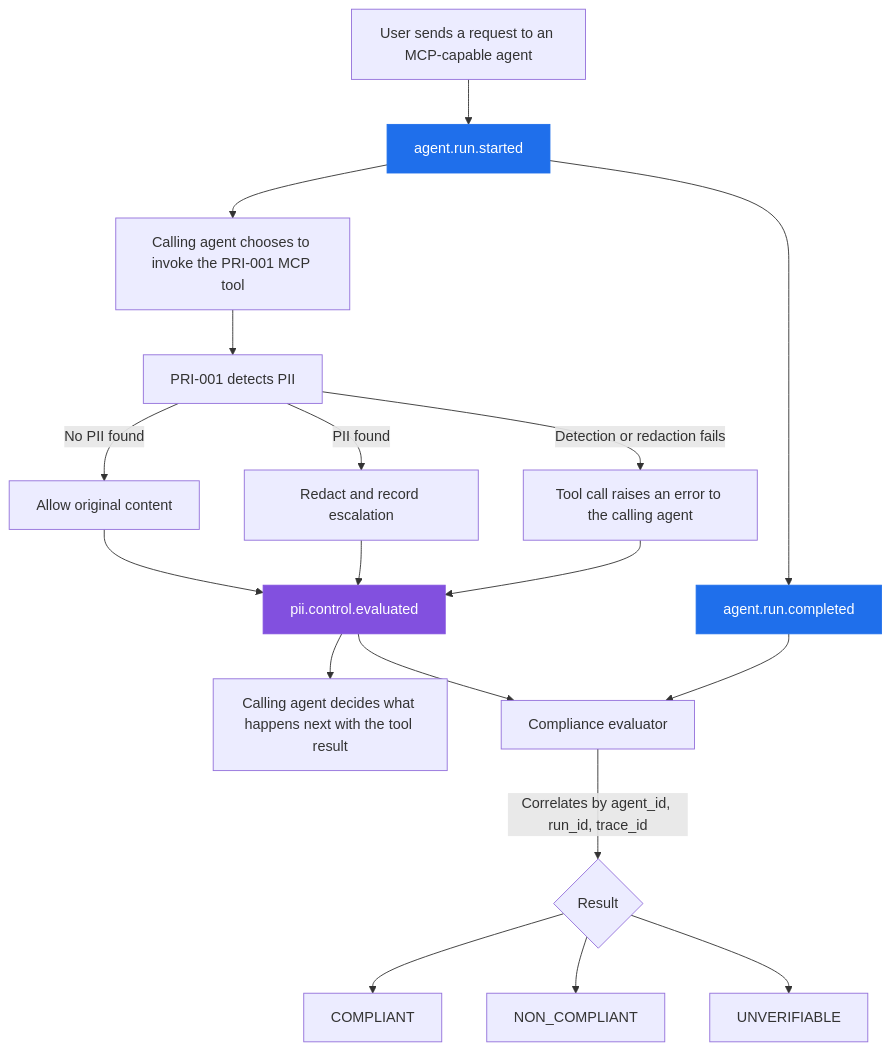
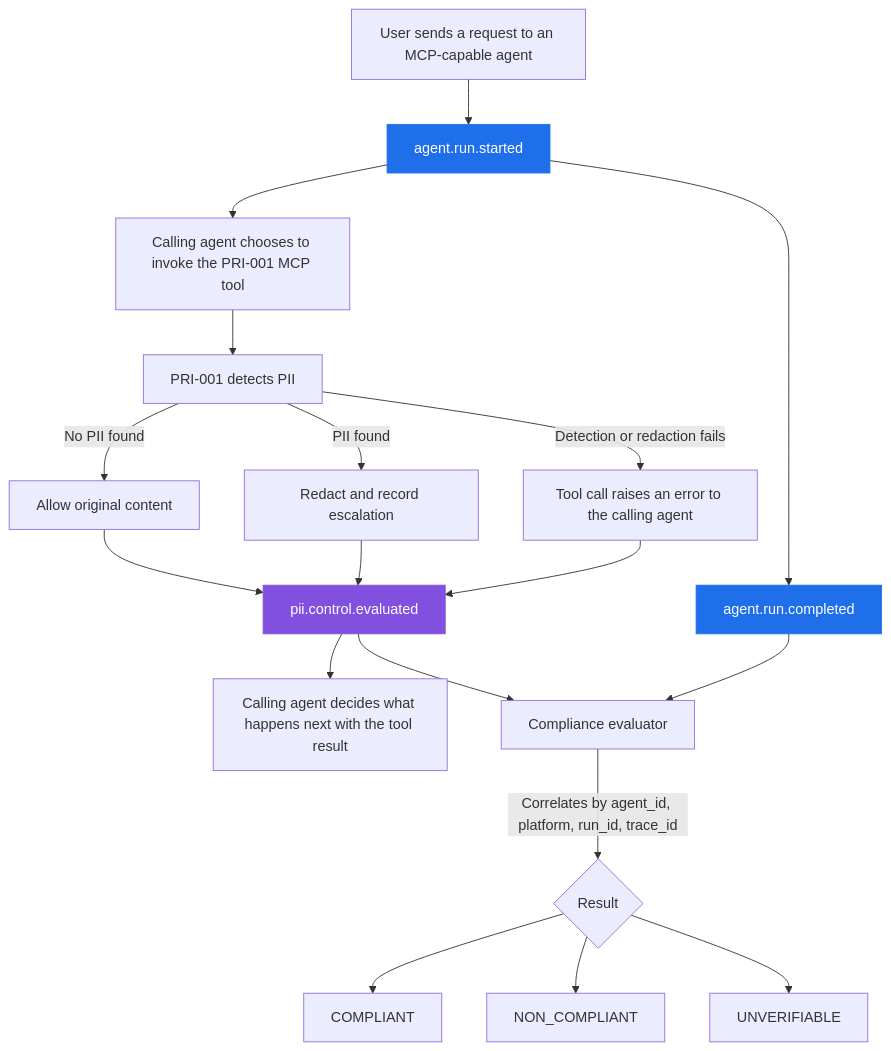
Before and after one commit to doruit/forged-with-foundry: the second of 2 diagrams in controls/privacy/PRI-001_pii_exposure/community/CR-001_copilot_studio_interop/README.md, drawn with Mermaid. The commit also changed other lines of this file and 10 other files, not shown here.

````diff
--- a/controls/privacy/PRI-001_pii_exposure/community/CR-001_copilot_studio_interop/README.md
+++ b/controls/privacy/PRI-001_pii_exposure/community/CR-001_copilot_studio_interop/README.md
@@ -144,25 +148,25 @@
 ```mermaid
 flowchart TB
     U[User sends a request to an MCP-capable agent] --> RS[agent.run.started]
     RS --> MCPN[Calling agent chooses to invoke the PRI-001 MCP tool]
     MCPN --> DET[PRI-001 detects PII]
     DET -->|No PII found| ALLOW[Allow original content]
     DET -->|PII found| REDACT[Redact and record escalation]
     DET -->|Detection or redaction fails| ERR[Tool call raises an error to the calling agent]
     ALLOW --> CE[pii.control.evaluated]
     REDACT --> CE
     ERR --> CE
     CE --> DOWN[Calling agent decides what happens next with the tool result]
     RS --> RC[agent.run.completed]
     RC --> EVAL[Compliance evaluator]
     CE --> EVAL
-    EVAL -->|Correlates by agent_id, run_id, trace_id| RESULT{Result}
+    EVAL -->|Correlates by agent_id, platform, run_id, trace_id| RESULT{Result}
     RESULT --> COMPLIANT[COMPLIANT]
     RESULT --> NONCOMPLIANT[NON_COMPLIANT]
     RESULT --> UNVERIFIABLE[UNVERIFIABLE]
 
     classDef runEvidence fill:#1f6feb,stroke:#1f6feb,color:#fff
     classDef controlEvidence fill:#8250df,stroke:#8250df,color:#fff
     class RS,RC runEvidence
     class CE controlEvidence
 ```
````
